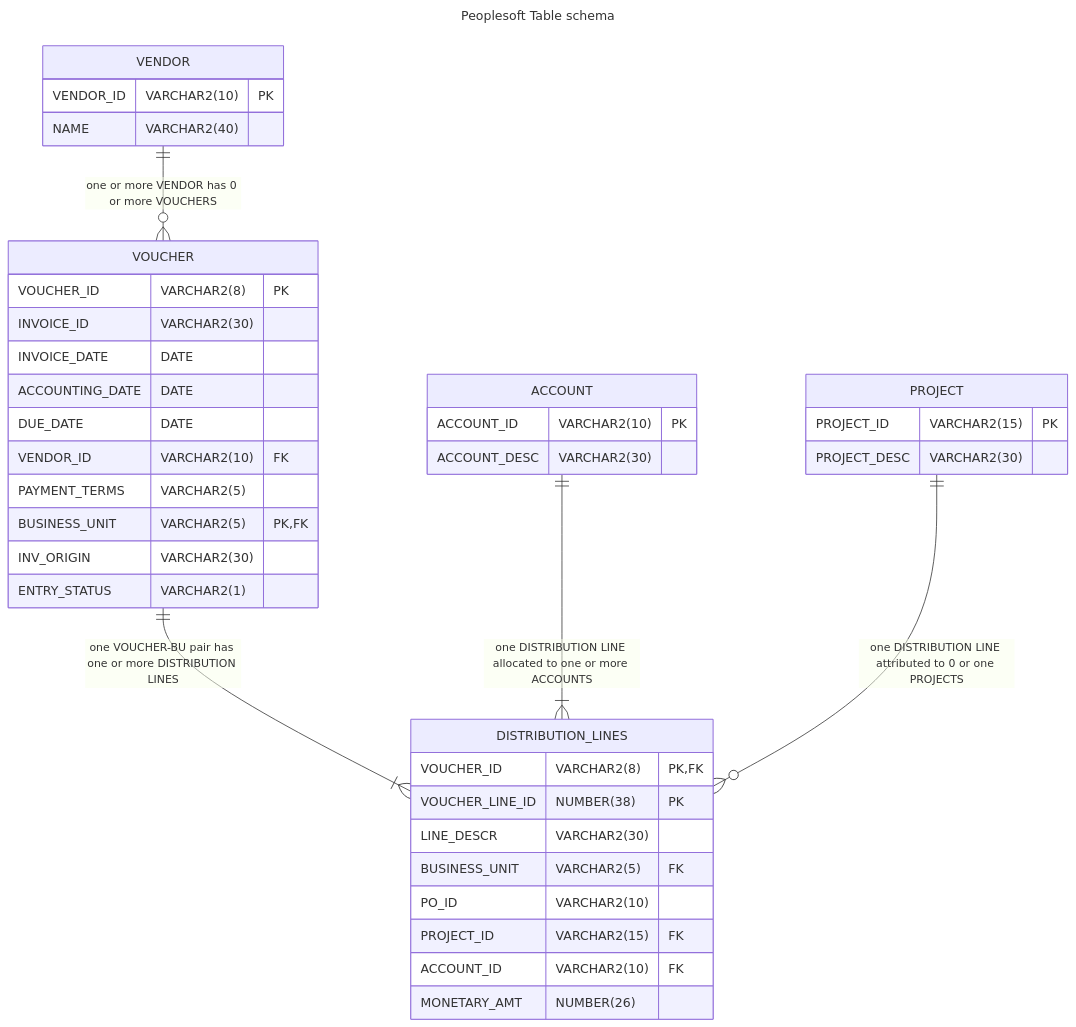
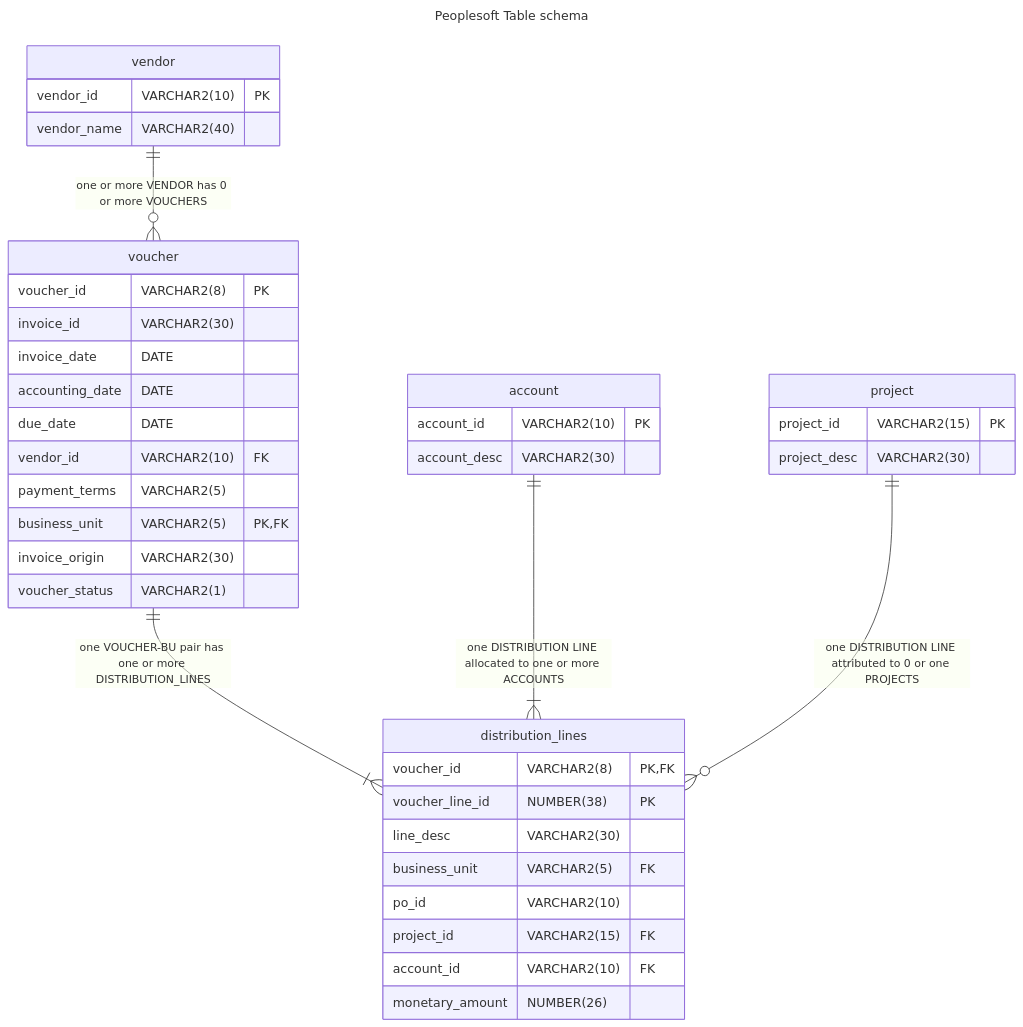
The diagram in README.md (failedfast-failedoften/spend_analytics), drawn with Mermaid before and after one commit. The commit also changed other lines of this file, not shown here.

Commit message:
aligned sql and ERD

````diff
--- a/README.md
+++ b/README.md
@@ -59,45 +59,46 @@
 ```mermaid
 ---
 title: Peoplesoft Table schema
 ---
 erDiagram
-    VOUCHER ||--|{ DISTRIBUTION_LINES:"one VOUCHER-BU pair has one or more DISTRIBUTION LINES"
-    VOUCHER {
-        VOUCHER_ID VARCHAR2(8)  PK
-        INVOICE_ID VARCHAR2(30) 
-        INVOICE_DATE DATE 
-        ACCOUNTING_DATE DATE 
-        DUE_DATE DATE 
-        VENDOR_ID VARCHAR2(10)  FK
-        PAYMENT_TERMS VARCHAR2(5) 
-        BUSINESS_UNIT VARCHAR2(5)  PK, FK
-        INV_ORIGIN VARCHAR2(30)
-        ENTRY_STATUS VARCHAR2(1)
+    voucher ||--|{ distribution_lines:"one VOUCHER-BU pair has one or more DISTRIBUTION_LINES"
+    voucher {
+        voucher_id VARCHAR2(8)  PK
+        invoice_id VARCHAR2(30) 
+        invoice_date DATE 
+        accounting_date DATE 
+        due_date DATE 
+        vendor_id VARCHAR2(10)  FK
+        payment_terms VARCHAR2(5) 
+        business_unit VARCHAR2(5)  PK, FK
+        invoice_origin VARCHAR2(30)
+        voucher_status VARCHAR2(1)
     }
-    VENDOR ||--o{ VOUCHER:"one or more VENDOR has 0 or more VOUCHERS"
-    VENDOR {
-        VENDOR_ID VARCHAR2(10)  PK 
-        NAME VARCHAR2(40) 
+    vendor ||--o{ voucher:"one or more VENDOR has 0 or more VOUCHERS"
+    vendor {
+        vendor_id VARCHAR2(10)  PK 
+        vendor_name VARCHAR2(40) 
     }
-    DISTRIBUTION_LINES {
-        VOUCHER_ID VARCHAR2(8)  PK, FK
-        VOUCHER_LINE_ID NUMBER(38)  PK
-        LINE_DESCR VARCHAR2(30)
-        BUSINESS_UNIT VARCHAR2(5)  FK
-        PO_ID VARCHAR2(10) 
-        PROJECT_ID VARCHAR2(15) FK
-        ACCOUNT_ID VARCHAR2(10) FK
-        MONETARY_AMT NUMBER(26)
+    distribution_lines {
+        voucher_id VARCHAR2(8)  PK, FK
+        voucher_line_id NUMBER(38)  PK
+        line_desc VARCHAR2(30)
+        business_unit VARCHAR2(5)  FK
+        po_id VARCHAR2(10) 
+        project_id VARCHAR2(15) FK
+        account_id VARCHAR2(10) FK
+        monetary_amount NUMBER(26)
     }
-    ACCOUNT ||--|{ DISTRIBUTION_LINES:"one DISTRIBUTION LINE allocated to one or more ACCOUNTS"
-    ACCOUNT {
-        ACCOUNT_ID VARCHAR2(10) PK
-        ACCOUNT_DESC VARCHAR2(30)
+    account ||--|{ distribution_lines:"one DISTRIBUTION LINE allocated to one or more ACCOUNTS"
+    account {
+        account_id VARCHAR2(10) PK
+        account_desc VARCHAR2(30)
     }
-    PROJECT ||--o{ DISTRIBUTION_LINES:"one DISTRIBUTION LINE attributed to 0 or one PROJECTS"
-    PROJECT {
-        PROJECT_ID VARCHAR2(15) PK
-        PROJECT_DESC VARCHAR2(30)
+    project ||--o{ distribution_lines:"one DISTRIBUTION LINE attributed to 0 or one PROJECTS"
+    project {
+        project_id VARCHAR2(15) PK
+        project_desc VARCHAR2(30)
     }
+  
 
 ```
````
